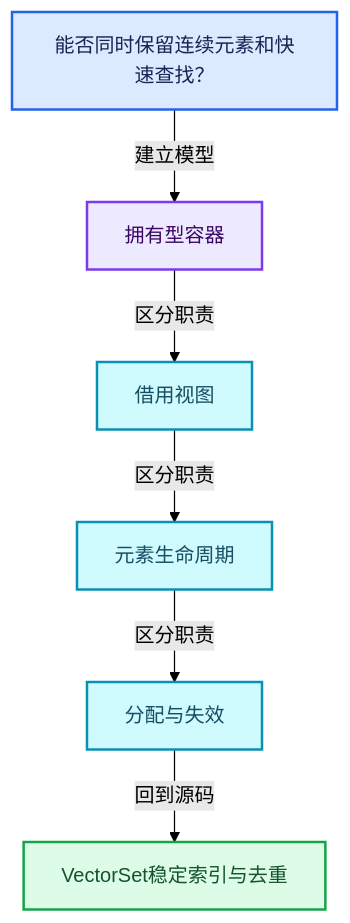
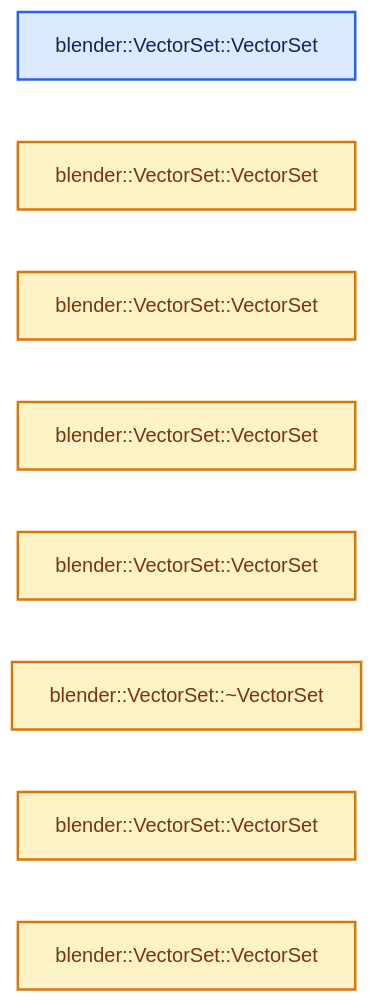
Before and after one commit to yunkezengren/blender-.vscode: the second of 4 diagrams in 杂/markdown/全面学习-codex/01-基础容器与现代CPP/14-VectorSet稳定索引与去重.md, drawn with Mermaid (forest theme). The commit also changed other lines of this file and 1930 other files, not shown here.

````diff
--- a/杂/markdown/全面学习-codex/01-基础容器与现代CPP/14-VectorSet稳定索引与去重.md
+++ b/杂/markdown/全面学习-codex/01-基础容器与现代CPP/14-VectorSet稳定索引与去重.md
@@ -60,20 +46,17 @@
 ```mermaid
-flowchart TB
-  Q["能否同时保留连续元素和快速查找？"]:::input
-  C0["拥有型容器"]:::abstraction
-  C1["借用视图"]:::data
-  C2["元素生命周期"]:::data
-  C3["分配与失效"]:::data
-  R["VectorSet稳定索引与去重"]:::result
-  Q -->|"建立模型"| C0
-  C0 -->|"区分职责"| C1
-  C1 -->|"区分职责"| C2
-  C2 -->|"区分职责"| C3
-  C3 -->|"回到源码"| R
+flowchart LR
+  F0["blender::VectorSet::VectorSet"]:::input
+  F1["blender::VectorSet::VectorSet"]:::compute
+  F2["blender::VectorSet::VectorSet"]:::compute
+  F3["blender::VectorSet::VectorSet"]:::compute
+  F4["blender::VectorSet::VectorSet"]:::compute
+  F5["blender::VectorSet::~VectorSet"]:::compute
+  F6["blender::VectorSet::VectorSet"]:::compute
+  F7["blender::VectorSet::VectorSet"]:::compute
   classDef input fill:#DBEAFE,stroke:#2563EB,color:#172554,stroke-width:2px;
   classDef data fill:#CFFAFE,stroke:#0891B2,color:#164E63,stroke-width:2px;
   classDef abstraction fill:#EDE9FE,stroke:#7C3AED,color:#3B0764,stroke-width:2px;
   classDef compute fill:#FEF3C7,stroke:#D97706,color:#78350F,stroke-width:2px;
   classDef result fill:#DCFCE7,stroke:#16A34A,color:#14532D,stroke-width:2px;
   classDef error fill:#FEE2E2,stroke:#DC2626,color:#7F1D1D,stroke-width:2px;
 ```
````
